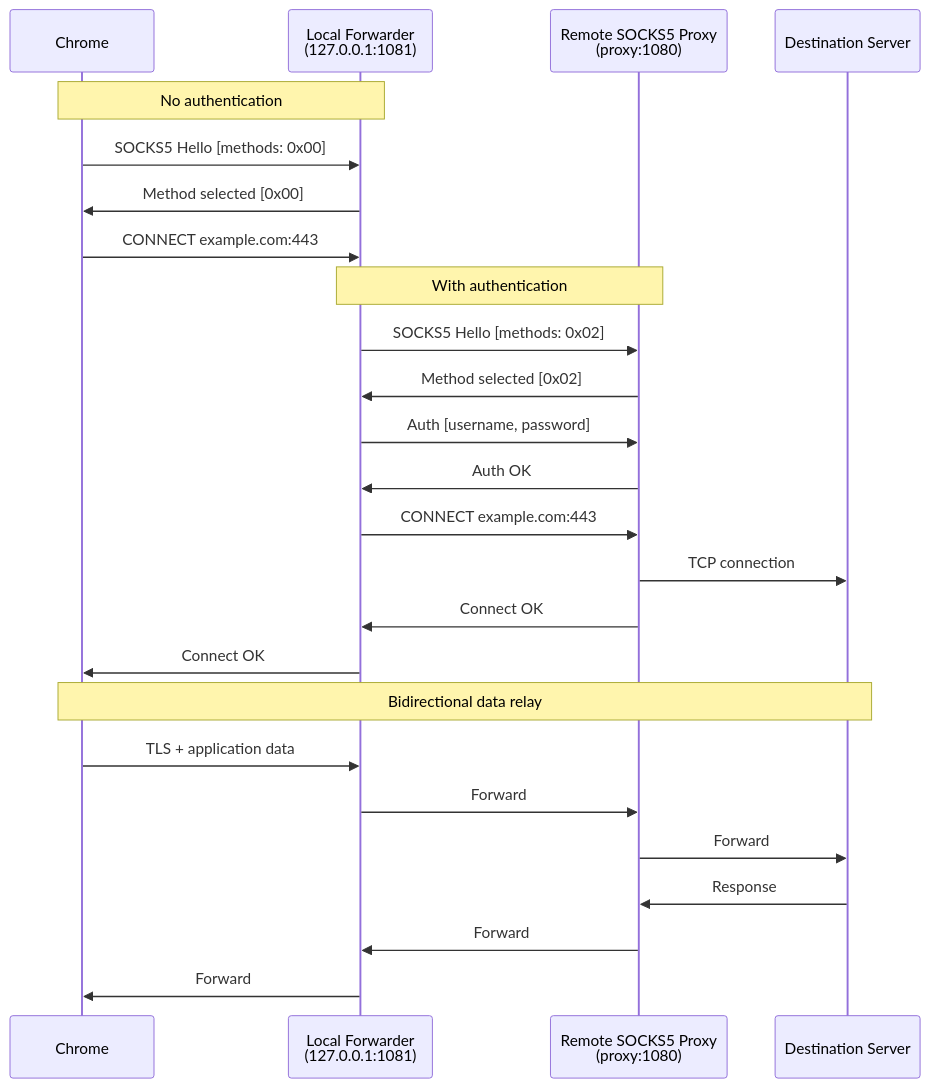
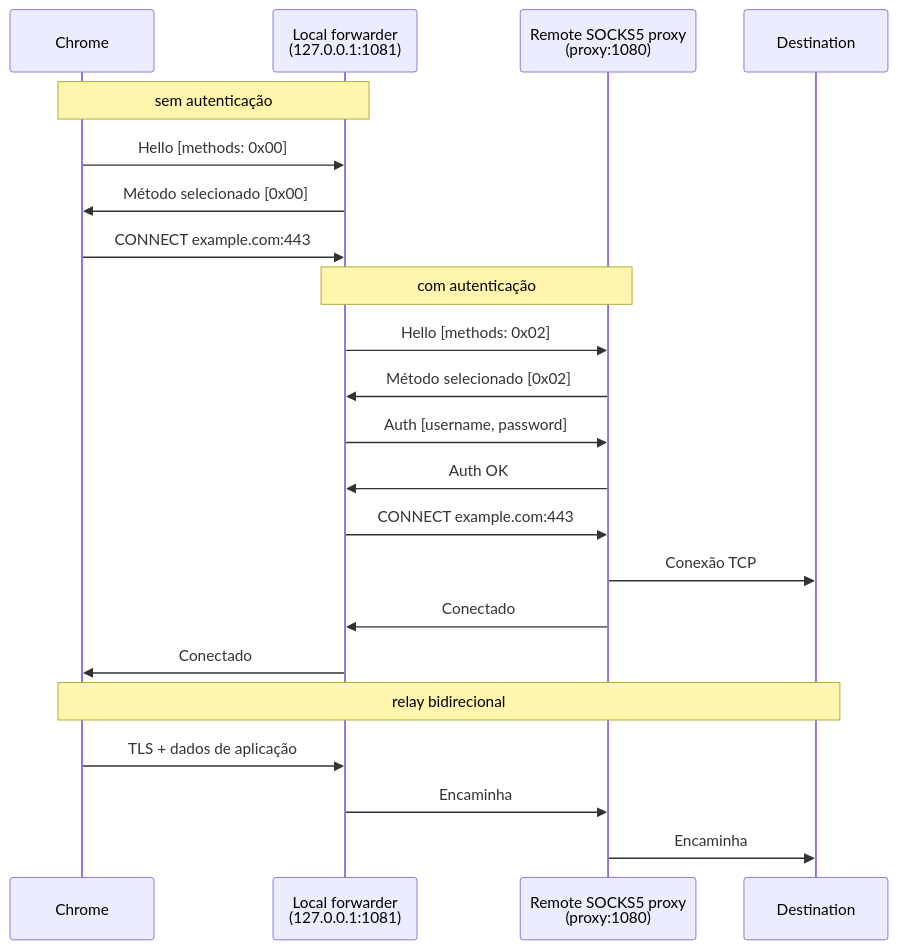
Before and after one commit to autoscrape-labs/pydoll: the second of 2 diagrams in docs/pt/deep-dive/network/socks-proxies.md, drawn with Mermaid. The commit also changed other lines of this file and 241 other files, not shown here.

````diff
--- a/docs/pt/deep-dive/network/socks-proxies.md
+++ b/docs/pt/deep-dive/network/socks-proxies.md
@@ -243,31 +197,27 @@
 ```mermaid
 sequenceDiagram
     participant Chrome
-    participant Forwarder as Local Forwarder<br/>(127.0.0.1:1081)
-    participant Remote as Remote SOCKS5 Proxy<br/>(proxy:1080)
-    participant Server as Destination Server
+    participant Forwarder as Local forwarder<br/>(127.0.0.1:1081)
+    participant Remote as Remote SOCKS5 proxy<br/>(proxy:1080)
+    participant Server as Destination
 
-    Note over Chrome,Forwarder: No authentication
-    Chrome->>Forwarder: SOCKS5 Hello [methods: 0x00]
-    Forwarder->>Chrome: Method selected [0x00]
+    Note over Chrome,Forwarder: sem autenticação
+    Chrome->>Forwarder: Hello [methods: 0x00]
+    Forwarder->>Chrome: Método selecionado [0x00]
     Chrome->>Forwarder: CONNECT example.com:443
 
-    Note over Forwarder,Remote: With authentication
-    Forwarder->>Remote: SOCKS5 Hello [methods: 0x02]
-    Remote->>Forwarder: Method selected [0x02]
+    Note over Forwarder,Remote: com autenticação
+    Forwarder->>Remote: Hello [methods: 0x02]
+    Remote->>Forwarder: Método selecionado [0x02]
     Forwarder->>Remote: Auth [username, password]
     Remote->>Forwarder: Auth OK
     Forwarder->>Remote: CONNECT example.com:443
-    Remote->>Server: TCP connection
-    Remote->>Forwarder: Connect OK
+    Remote->>Server: Conexão TCP
+    Remote->>Forwarder: Conectado
+    Forwarder->>Chrome: Conectado
 
-    Forwarder->>Chrome: Connect OK
-
-    Note over Chrome,Server: Bidirectional data relay
-    Chrome->>Forwarder: TLS + application data
-    Forwarder->>Remote: Forward
-    Remote->>Server: Forward
-    Server->>Remote: Response
-    Remote->>Forwarder: Forward
-    Forwarder->>Chrome: Forward
+    Note over Chrome,Server: relay bidirecional
+    Chrome->>Forwarder: TLS + dados de aplicação
+    Forwarder->>Remote: Encaminha
+    Remote->>Server: Encaminha
 ```
````
